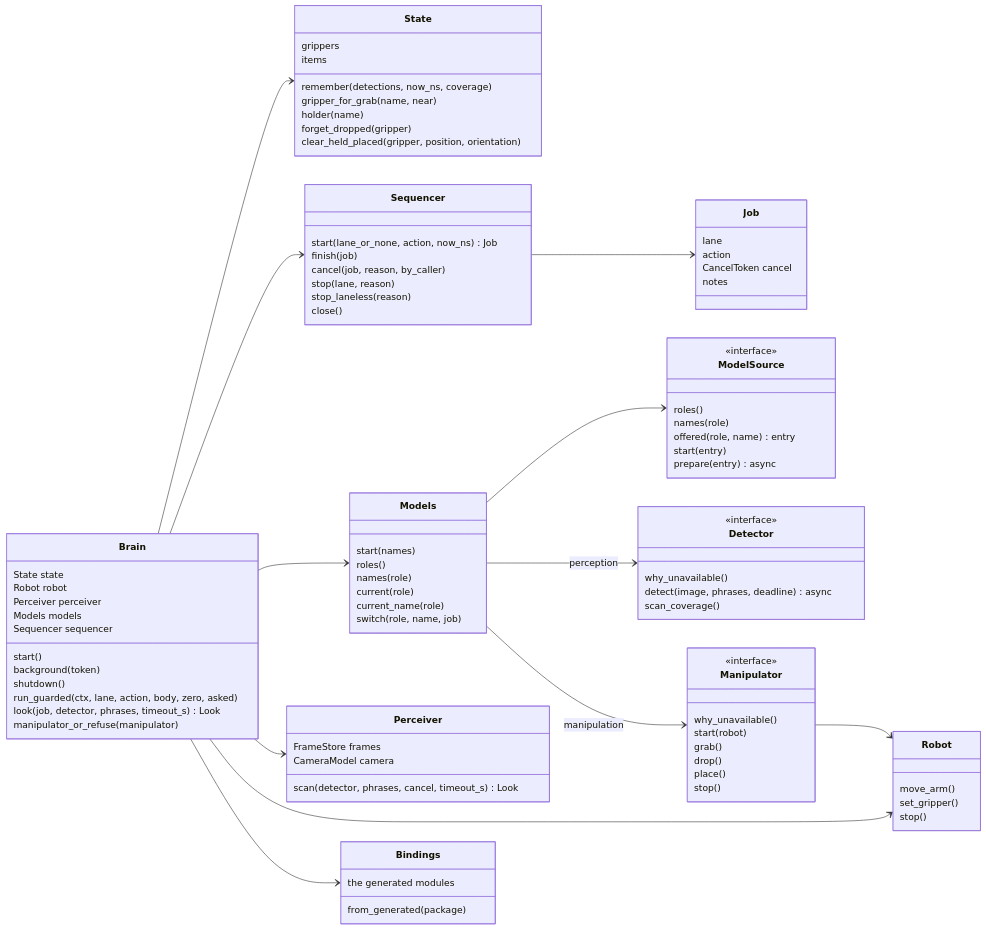
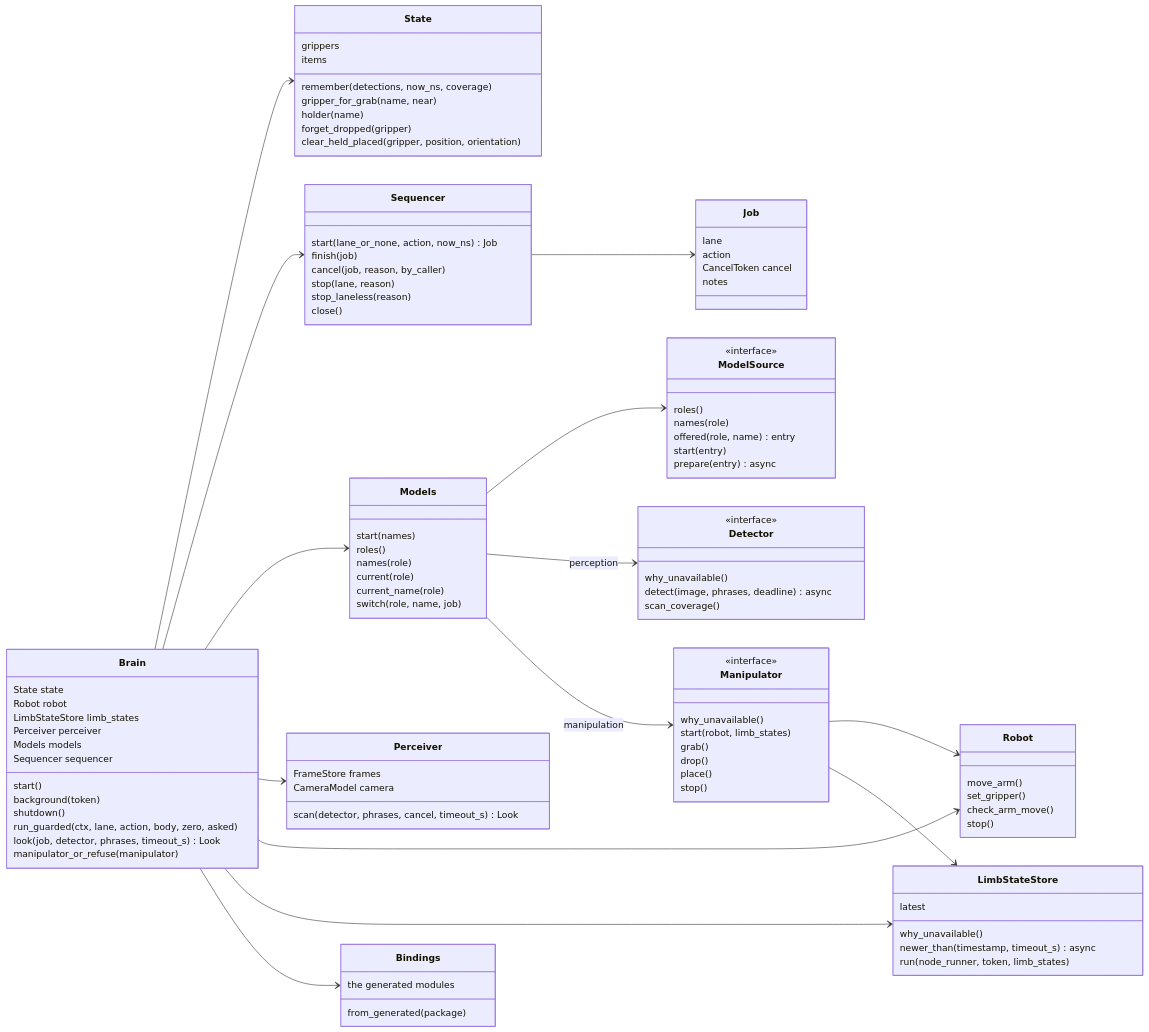
The second of 4 diagrams in brain_core/README.md (Peppy-bot/public-peppy-libs), drawn with Mermaid before and after one commit. The commit also changed other lines of this file and 19 other files, not shown here.

First line of the commit message:
brain_core: check_arm_move, the limb_states store, and the grasp ports

````diff
--- a/brain_core/README.md
+++ b/brain_core/README.md
@@ -129,6 +131,7 @@
     class Brain {
         State state
         Robot robot
+        LimbStateStore limb_states
         Perceiver perceiver
         Models models
         Sequencer sequencer
@@ -192,7 +195,7 @@
     class Manipulator {
         <<interface>>
         why_unavailable()
-        start(robot)
+        start(robot, limb_states)
         grab()
         drop()
         place()
@@ -201,7 +204,14 @@
     class Robot {
         move_arm()
         set_gripper()
+        check_arm_move()
         stop()
+    }
+    class LimbStateStore {
+        latest
+        why_unavailable()
+        newer_than(timestamp, timeout_s) async
+        run(node_runner, token, limb_states)
     }
     class Bindings {
         the generated modules
@@ -212,10 +222,12 @@
     Brain --> Models
     Brain --> Perceiver
     Brain --> Robot
+    Brain --> LimbStateStore
     Brain --> Bindings
     Sequencer --> Job
     Models --> ModelSource
     Models --> Detector : perception
     Models --> Manipulator : manipulation
     Manipulator --> Robot
+    Manipulator --> LimbStateStore
 ```
````
